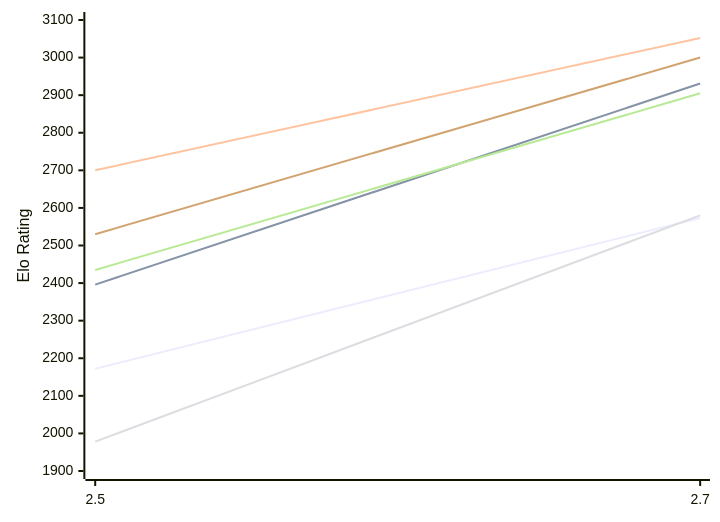
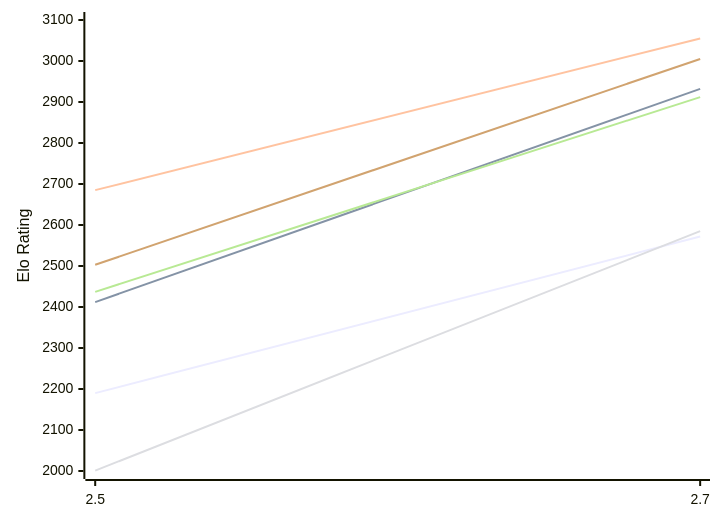
One commit to computer-chess-index/cci changed the first of 2 diagrams in engines/Zevra.md. Above: the diagram before and after it, drawn with Mermaid. The commit also changed other lines of this file, not shown here.

Commit message:
Update CCI Ratings (ELO VLTC) - 2026-11-17

````diff
--- a/engines/Zevra.md
+++ b/engines/Zevra.md
@@ -50,12 +50,12 @@
 ```mermaid
 %%{init: {"theme":"base","themeVariables":{"seriesColors:['#a3a3a3','#222221','#faa371']}}}%%
 xychart-beta
   x-axis ["2.5", "2.7"]
-  y-axis "Elo Rating" 1900 --> 3100
-  line "E1: STC (8.0+0.08s)" [2172, 2573]
-  line "E1: LTC (60.0+0.60s)" [2396, 2931]
-  line "E1: VLTC (2m24s+1.12s)" [2700, 3052]
-  line "P1: STC (8.0+0.08s)" [1978, 2580]
-  line "P1: LTC (60.0+0.60s)" [2435, 2905]
-  line "P1: VLTC (2m24s+1.12s)" [2530, 3000]
+  y-axis "Elo Rating" 2000 --> 3100
+  line "E1: STC (8.0+0.08s)" [2190, 2572]
+  line "E1: LTC (60.0+0.60s)" [2412, 2932]
+  line "E1: VLTC (2m24s+1.12s)" [2685, 3055]
+  line "P1: STC (8.0+0.08s)" [2001, 2585]
+  line "P1: LTC (60.0+0.60s)" [2437, 2912]
+  line "P1: VLTC (2m24s+1.12s)" [2503, 3005]
 ```
````
